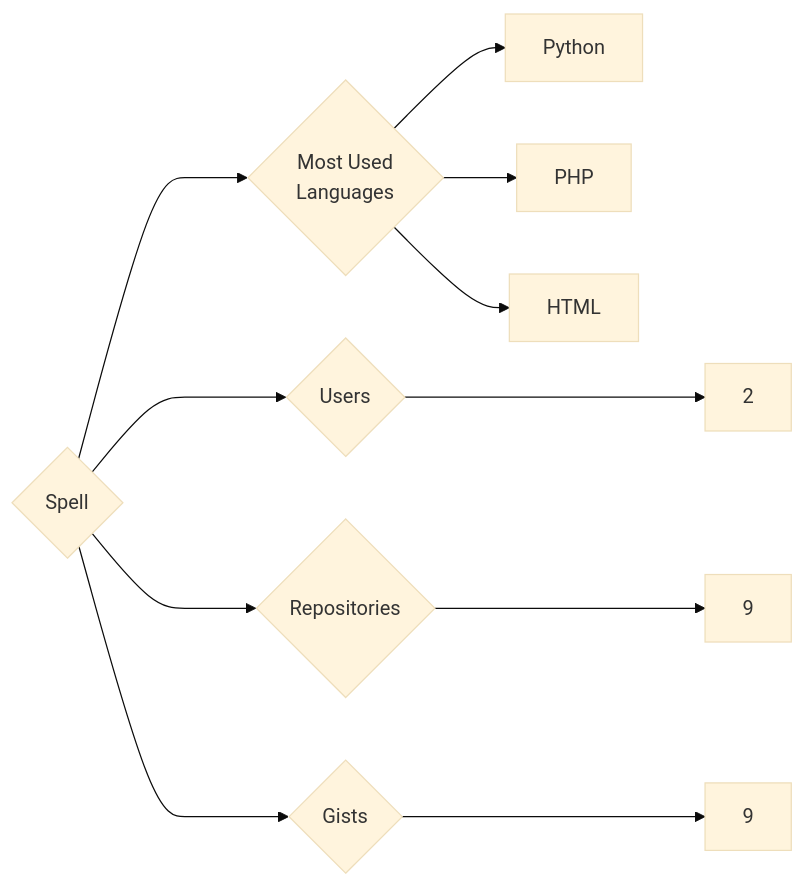
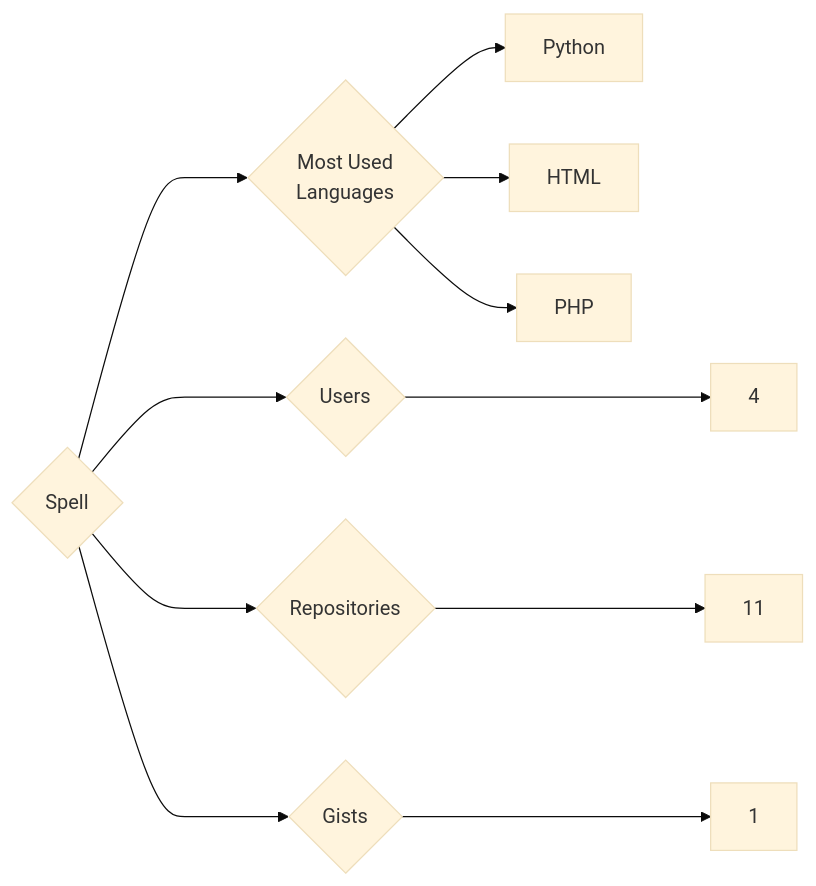
The diagram in targets/Spell/README.md (trickest/insiders), drawn with Mermaid (base theme) before and after one commit. The commit also changed 833 other files, not shown here.

````diff
--- a/targets/Spell/README.md
+++ b/targets/Spell/README.md
@@ -3,11 +3,11 @@
 ```mermaid
 graph LR
 COMPANY_NAME{Spell}
-COMPANY_NAME ---> U{Users} ---> UN[2]
-COMPANY_NAME ---> R{Repositories} ---> RN[9]
-COMPANY_NAME ---> G{Gists} ---> GN[9]
+COMPANY_NAME ---> U{Users} ---> UN[4]
+COMPANY_NAME ---> R{Repositories} ---> RN[11]
+COMPANY_NAME ---> G{Gists} ---> GN[1]
 COMPANY_NAME ---> ML{Most Used<br>Languages}
 ML --> Python[Python]
+ML --> HTML[HTML]
 ML --> PHP[PHP]
-ML --> HTML[HTML]
 ```
````
